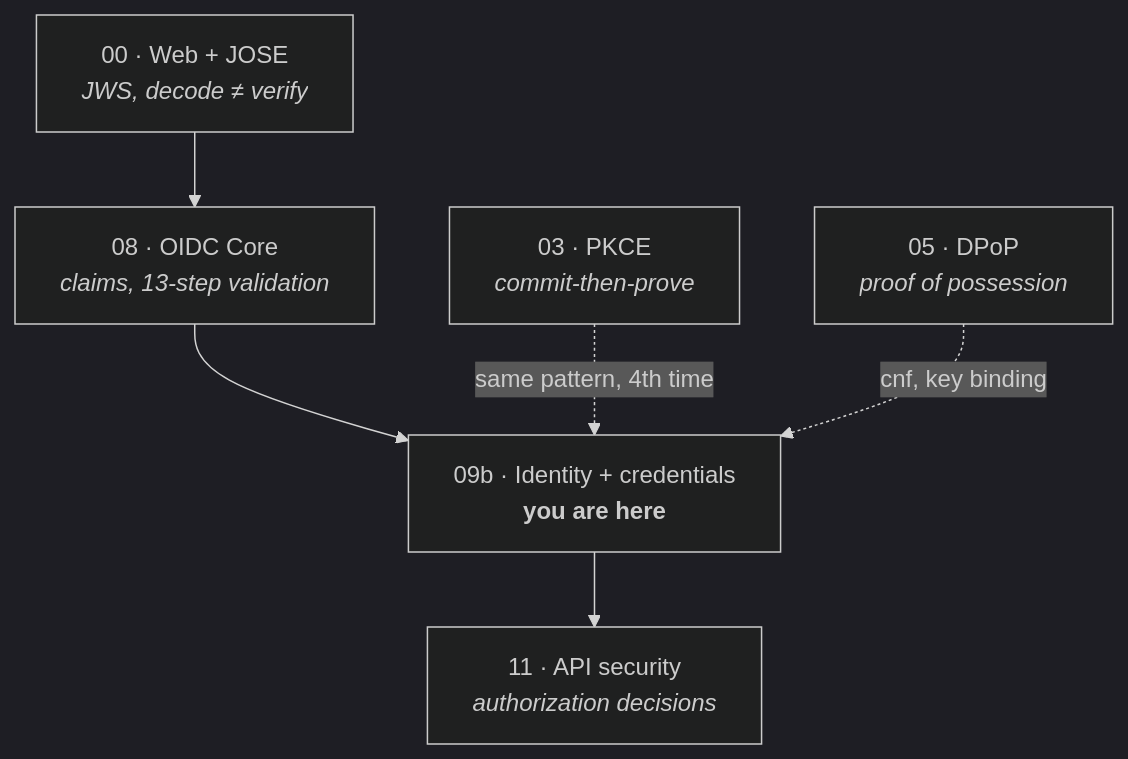
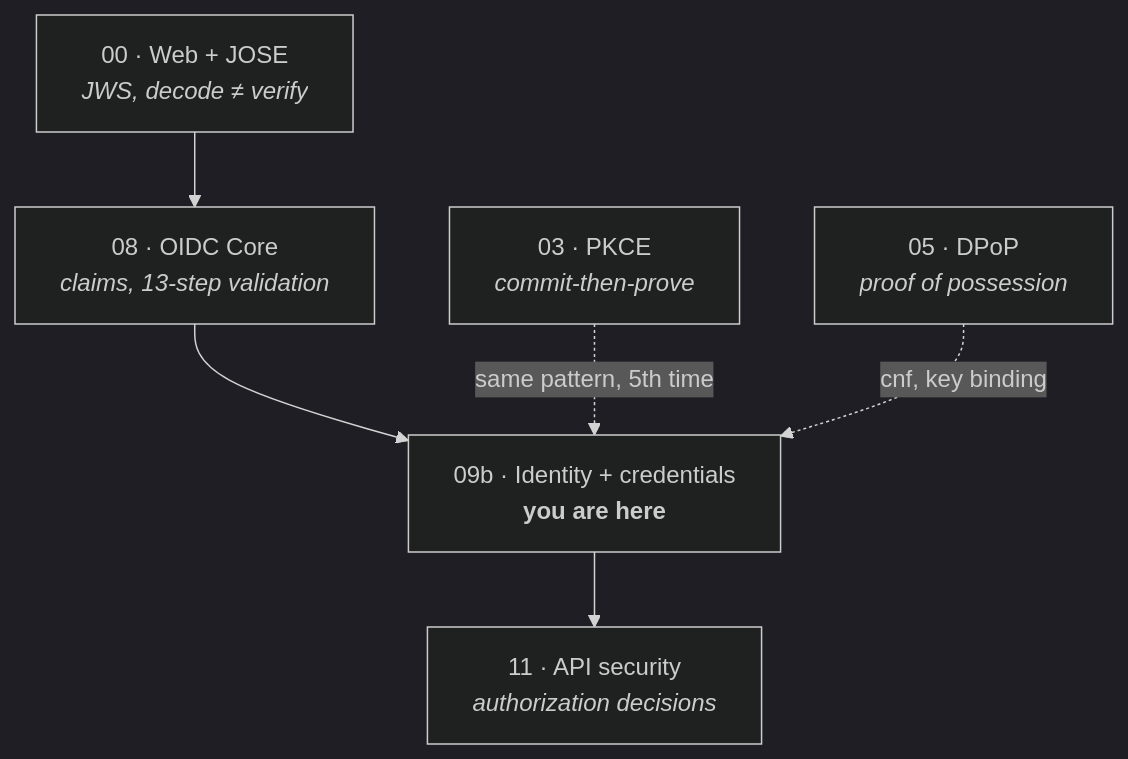
The third of 3 diagrams in docs/curriculum/modules/09b-identity-and-credentials/README.md (blackadi/OAUTH2.0), drawn with Mermaid before and after one commit. The commit also changed other lines of this file and 36 other files, not shown here.

````diff
--- a/docs/curriculum/modules/09b-identity-and-credentials/README.md
+++ b/docs/curriculum/modules/09b-identity-and-credentials/README.md
@@ -548,9 +614,9 @@
 ```mermaid
 %%{init: {'theme': 'dark'}}%%
 graph TD
     M00["00 · Web + JOSE<br/><i>JWS, decode ≠ verify</i>"] --> M08
     M08["08 · OIDC Core<br/><i>claims, 13-step validation</i>"] --> M09b["09b · Identity + credentials<br/><b>you are here</b>"]
-    M03["03 · PKCE<br/><i>commit-then-prove</i>"] -.->|"same pattern, 4th time"| M09b
+    M03["03 · PKCE<br/><i>commit-then-prove</i>"] -.->|"same pattern, 5th time"| M09b
     M05["05 · DPoP<br/><i>proof of possession</i>"] -.->|"cnf, key binding"| M09b
     M09b --> M11["11 · API security<br/><i>authorization decisions</i>"]
 ```
````
